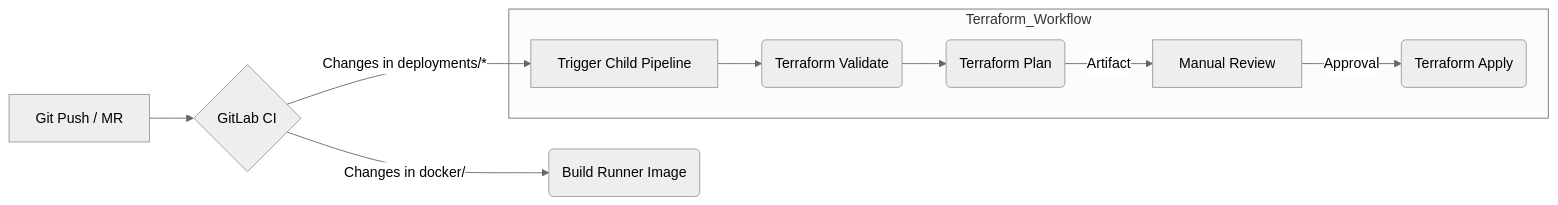
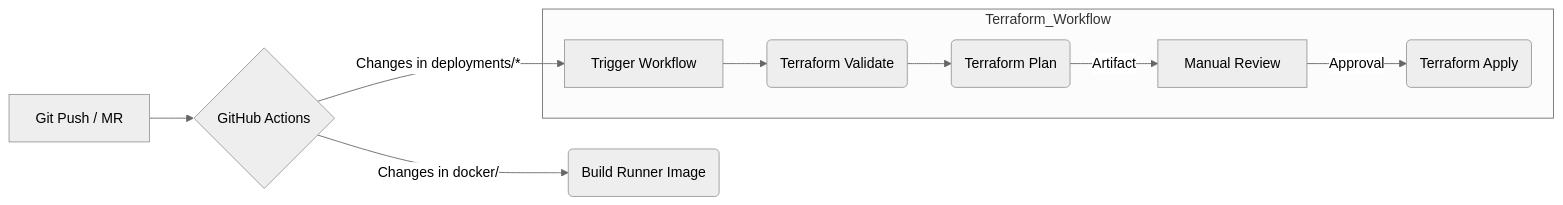
Before and after one commit to daun-gatal/infra-deployments: the second of 2 diagrams in README.md, drawn with Mermaid (neutral theme). The commit also changed other lines of this file, not shown here.

````diff
--- a/README.md
+++ b/README.md
@@ -95,15 +93,15 @@
 ```mermaid
 graph LR
-    Push[Git Push / MR] --> GitLab{GitLab CI}
+    Push[Git Push / MR] --> GitHub{GitHub Actions}
     
-    GitLab -->|Changes in docker/| Build(Build Runner Image)
+    GitHub -->|Changes in docker/| Build(Build Runner Image)
     
-    GitLab -->|Changes in deployments/*| ChildPipeline[Trigger Child Pipeline]
+    GitHub -->|Changes in deployments/*| Workflow[Trigger Workflow]
     
     subgraph Terraform_Workflow
-        ChildPipeline --> Validate(Terraform Validate)
+        Workflow --> Validate(Terraform Validate)
         Validate --> Plan(Terraform Plan)
         Plan -->|Artifact| Review[Manual Review]
         Review -->|Approval| Apply(Terraform Apply)
     end
 ```
````
